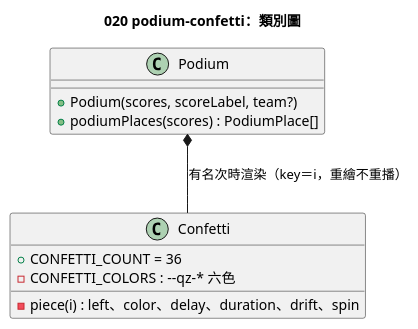
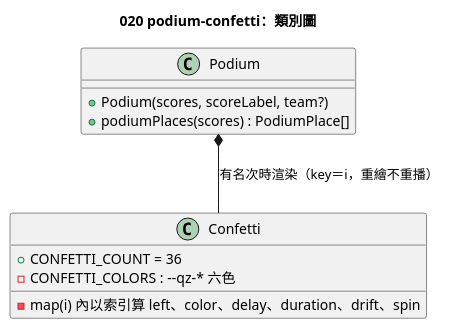
The diagram in diagrams/020-podium-confetti-class.puml (yue083139/software_fin-speckit), drawn with PlantUML before and after one commit. The commit also changed 3 other files, not shown here.

Commit message:
docs(diagrams): 020-podium-confetti 類別圖與時序圖訂正（評審 followup）

```diff
--- a/diagrams/020-podium-confetti-class.puml
+++ b/diagrams/020-podium-confetti-class.puml
@@ -1,14 +1,14 @@
 @startuml 020-podium-confetti-class
 title 020 podium-confetti：類別圖
 
 class "Podium" as Podium {
   +Podium(scores, scoreLabel, team?)
   +podiumPlaces(scores) : PodiumPlace[]
 }
 class "Confetti" as Confetti {
   +CONFETTI_COUNT = 36
   -CONFETTI_COLORS : --qz-* 六色
-  -piece(i) : left、color、delay、duration、drift、spin
+  -map(i) 內以索引算 left、color、delay、duration、drift、spin
 }
 Podium *-- Confetti : 有名次時渲染（key＝i，重繪不重播）
 @enduml
```
